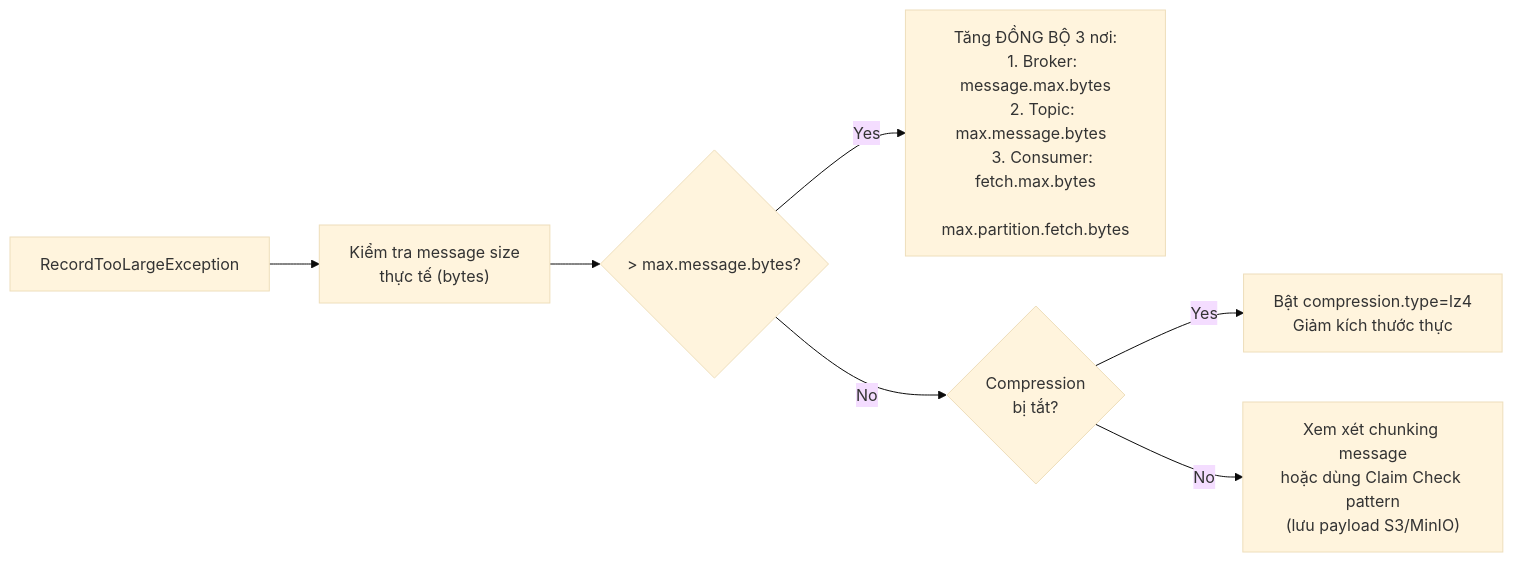
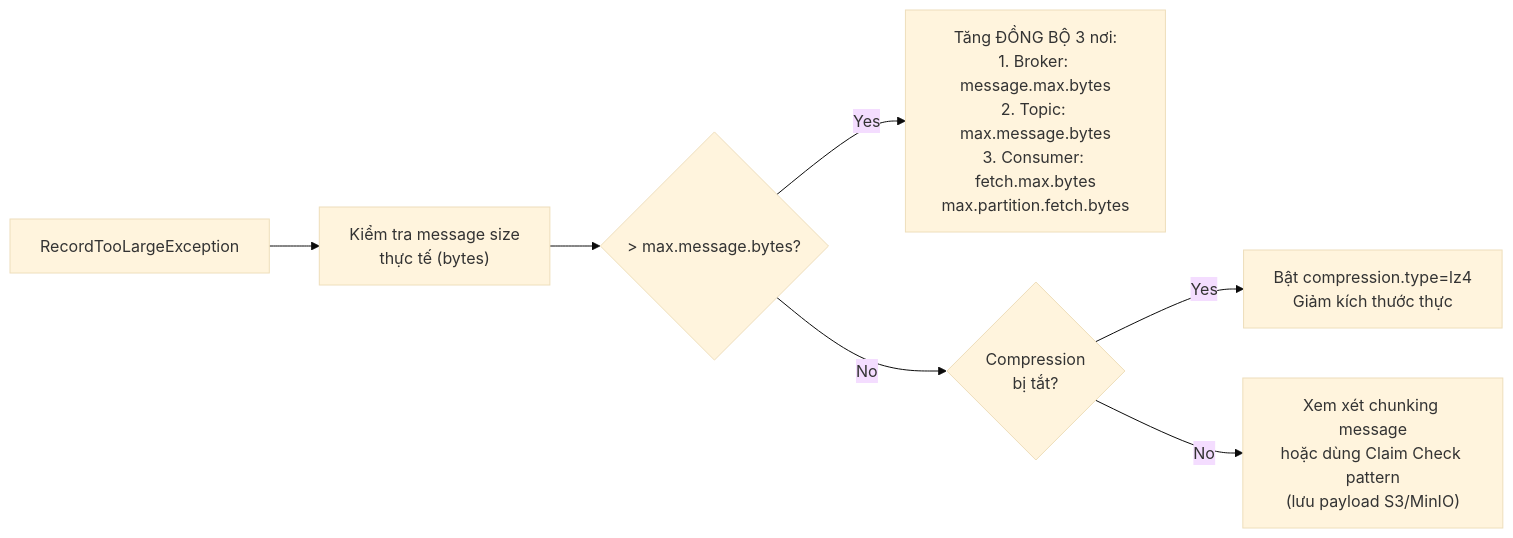
One commit to dangthobach/dangthobach.github.io changed the fourth of 17 diagrams in quartz/content/Microservices-Patterns/Kafka-Troubleshooting-and-Tips.md. Above: the diagram before and after it, drawn with Mermaid (base theme). The commit also changed other lines of this file and 33 other files, not shown here.

````diff
--- a/quartz/content/Microservices-Patterns/Kafka-Troubleshooting-and-Tips.md
+++ b/quartz/content/Microservices-Patterns/Kafka-Troubleshooting-and-Tips.md
@@ -127,13 +127,9 @@
 ```mermaid
 flowchart LR
-    ERR["RecordTooLargeException"] --> CHK1["Kiểm tra message size<br/>thực tế (bytes)"]
+    ERR["RecordTooLargeException"] --> CHK1["Kiểm tra message size<br>thực tế (bytes)"]
     CHK1 --> CHK2{"> max.message.bytes?"}
-    CHK2 -->|Yes| FIX["Tăng ĐỒNG BỘ 3 nơi:
-    1. Broker: message.max.bytes
-    2. Topic: max.message.bytes  
-    3. Consumer: fetch.max.bytes
-    max.partition.fetch.bytes"]
-    CHK2 -->|No| CHK3{"Compression<br/>bị tắt?"}
-    CHK3 -->|Yes| FIX2["Bật compression.type=lz4<br/>Giảm kích thước thực"]
-    CHK3 -->|No| FIX3["Xem xét chunking message<br/>hoặc dùng Claim Check pattern<br/>(lưu payload S3/MinIO)"]
+    CHK2 -->|Yes| FIX["Tăng ĐỒNG BỘ 3 nơi:<br>1. Broker: message.max.bytes<br>2. Topic: max.message.bytes<br>3. Consumer: fetch.max.bytes<br>max.partition.fetch.bytes"]
+    CHK2 -->|No| CHK3{"Compression<br>bị tắt?"}
+    CHK3 -->|Yes| FIX2["Bật compression.type=lz4<br>Giảm kích thước thực"]
+    CHK3 -->|No| FIX3["Xem xét chunking message<br>hoặc dùng Claim Check pattern<br>(lưu payload S3/MinIO)"]
 ```
````
